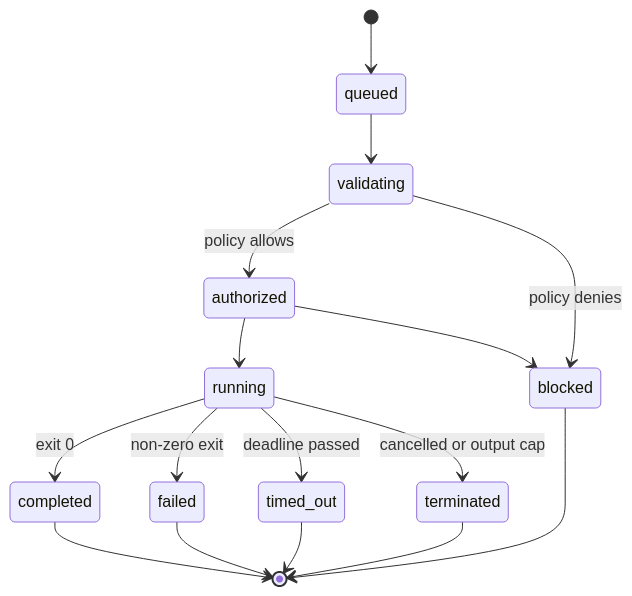
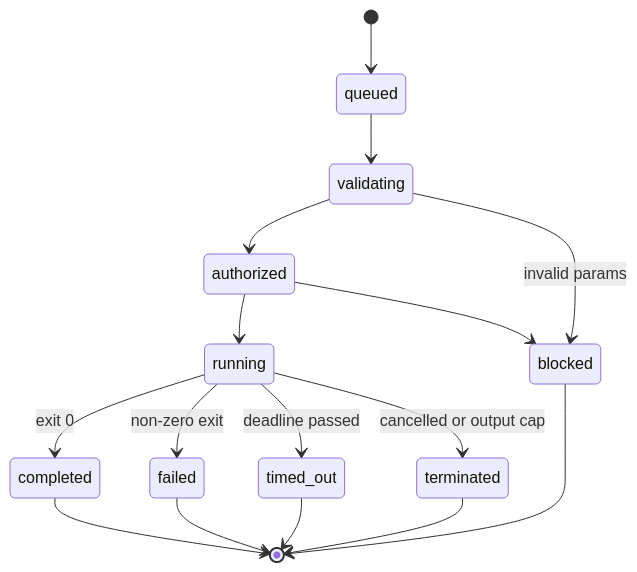
Before and after one commit to Arseno25/nexhunter: the fourth of 6 diagrams in docs/architecture.md, drawn with Mermaid. The commit also changed other lines of this file and 56 other files, not shown here.

````diff
--- a/docs/architecture.md
+++ b/docs/architecture.md
@@ -147,19 +121,19 @@
 ```mermaid
 stateDiagram-v2
     [*] --> queued
     queued --> validating
-    validating --> authorized: policy allows
-    validating --> blocked: policy denies
+    validating --> authorized
+    validating --> blocked: invalid params
     authorized --> running
     authorized --> blocked
     running --> completed: exit 0
     running --> failed: non-zero exit
     running --> timed_out: deadline passed
     running --> terminated: cancelled or output cap
 
     completed --> [*]
     failed --> [*]
     timed_out --> [*]
     terminated --> [*]
     blocked --> [*]
 ```
````
